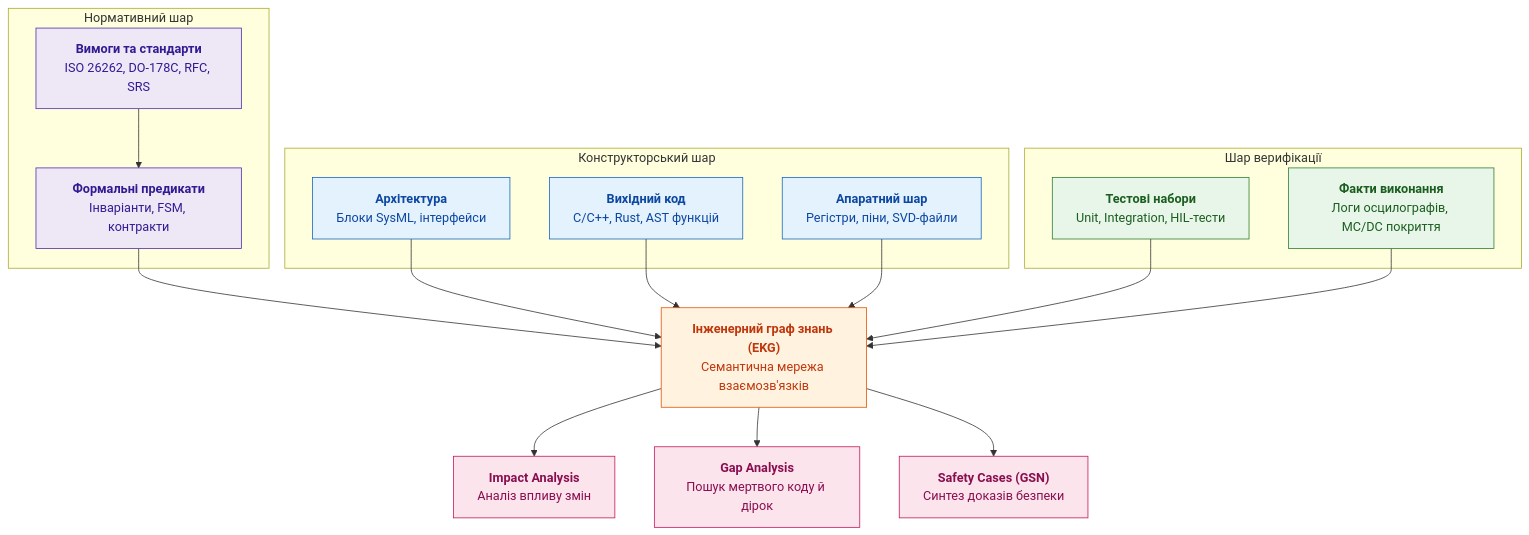
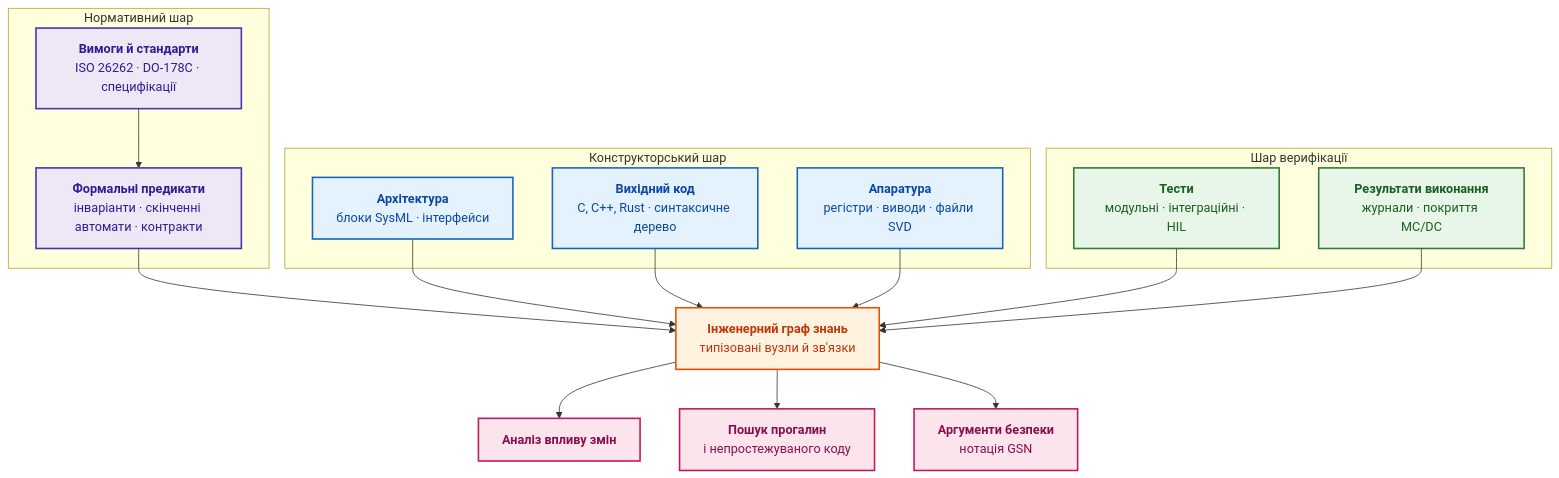
The first of 7 diagrams in ExpertSystem/ch09-engineering-knowledge-graph-traceability.md (nick-fedchik/articles), drawn with Mermaid before and after one commit. The commit also changed other lines of this file, not shown here.

Commit message:
docs(ch09): restructure engineering knowledge graph chapter, fixed gap/untraced/impact formulas, runnable Go bootstrap, verified sources

````diff
--- a/ExpertSystem/ch09-engineering-knowledge-graph-traceability.md
+++ b/ExpertSystem/ch09-engineering-knowledge-graph-traceability.md
@@ -17,45 +14,45 @@
 ```mermaid
 flowchart TD
-    accTitle: Місце Інженерного графа знань у життєвому циклі R&D
-    accDescr: Схема інтеграції нормативних вимог, архітектурних моделей, коду, апаратури та результатів тестів у єдиний граф знань.
+    accTitle: Місце інженерного графа знань у розробці
+    accDescr: Нормативний шар, конструкторський шар і шар верифікації передають вимоги, архітектуру, код, апаратуру, тести й результати в інженерний граф знань, який живить аналіз впливу, пошук прогалин і синтез аргументів безпеки.
 
     subgraph Normative["Нормативний шар"]
-        Req["<b>Вимоги та стандарти</b><br/>ISO 26262, DO-178C, RFC, SRS"]
-        Pred["<b>Формальні предикати</b><br/>Інваріанти, FSM, контракти"]
+        Req["<b>Вимоги й стандарти</b><br/>ISO 26262 · DO-178C · специфікації"]
+        Pred["<b>Формальні предикати</b><br/>інваріанти · скінченні автомати · контракти"]
     end
 
     subgraph Design["Конструкторський шар"]
-        Arch["<b>Архітектура</b><br/>Блоки SysML, інтерфейси"]
-        Code["<b>Вихідний код</b><br/>C/C++, Rust, AST функцій"]
-        Hw["<b>Апаратний шар</b><br/>Регістри, піни, SVD-файли"]
+        Arch["<b>Архітектура</b><br/>блоки SysML · інтерфейси"]
+        Code["<b>Вихідний код</b><br/>C, C++, Rust · синтаксичне дерево"]
+        Hw["<b>Апаратура</b><br/>регістри · виводи · файли SVD"]
     end
 
     subgraph Verification["Шар верифікації"]
-        Tests["<b>Тестові набори</b><br/>Unit, Integration, HIL-тести"]
-        Evidence["<b>Факти виконання</b><br/>Логи осцилографів, MC/DC покриття"]
+        Tests["<b>Тести</b><br/>модульні · інтеграційні · HIL"]
+        Evidence["<b>Результати виконання</b><br/>журнали · покриття MC/DC"]
     end
 
     Req --> Pred
-    Pred --> EKG["<b>Інженерний граф знань (EKG)</b><br/>Семантична мережа взаємозв'язків"]
+    Pred --> EKG["<b>Інженерний граф знань</b><br/>типізовані вузли й зв'язки"]
     Arch --> EKG
     Code --> EKG
     Hw --> EKG
     Tests --> EKG
     Evidence --> EKG
 
-    EKG --> Impact["<b>Impact Analysis</b><br/>Аналіз впливу змін"]
-    EKG --> Gap["<b>Gap Analysis</b><br/>Пошук мертвого коду й дірок"]
-    EKG --> Safety["<b>Safety Cases (GSN)</b><br/>Синтез доказів безпеки"]
+    EKG --> Impact["<b>Аналіз впливу змін</b>"]
+    EKG --> Gap["<b>Пошук прогалин</b><br/>і непростежуваного коду"]
+    EKG --> Safety["<b>Аргументи безпеки</b><br/>нотація GSN"]
 
-    classDef norm fill:#ede7f6,stroke:#512da8,color:#311b92;
-    classDef des fill:#e3f2fd,stroke:#1565c0,color:#0d47a1;
-    classDef ver fill:#e8f5e9,stroke:#2e7d32,color:#1b5e20;
-    classDef ekg fill:#fff3e0,stroke:#e65100,color:#bf360c;
-    classDef out fill:#fce4ec,stroke:#c2185b,color:#880e4f;
+    classDef norm fill:#ede7f6,stroke:#512da8,stroke-width:2px,color:#311b92;
+    classDef des fill:#e3f2fd,stroke:#1565c0,stroke-width:2px,color:#0d47a1;
+    classDef ver fill:#e8f5e9,stroke:#2e7d32,stroke-width:2px,color:#1b5e20;
+    classDef ekg fill:#fff3e0,stroke:#e65100,stroke-width:2px,color:#bf360c;
+    classDef out fill:#fce4ec,stroke:#c2185b,stroke-width:2px,color:#880e4f;
 
     class Req,Pred norm;
     class Arch,Code,Hw des;
     class Tests,Evidence ver;
     class EKG ekg;
     class Impact,Gap,Safety out;
 ```
````
